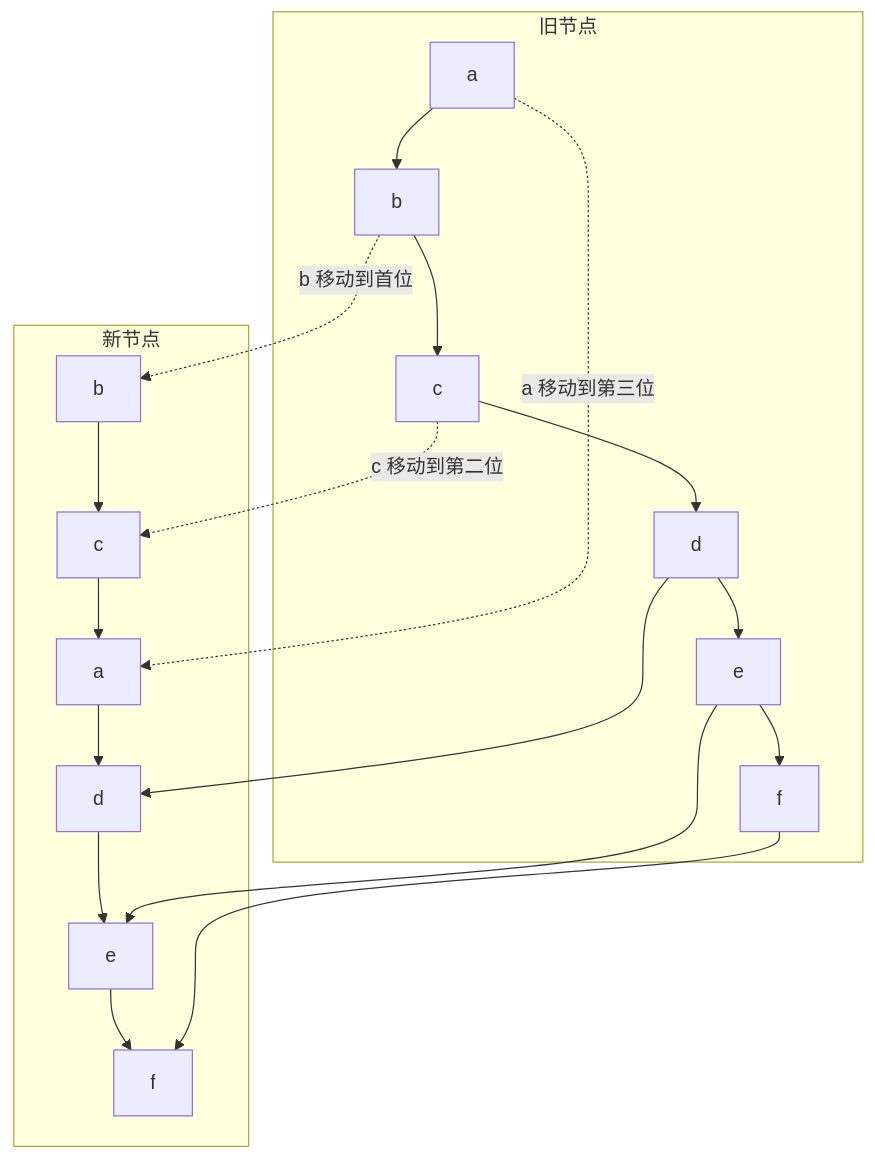
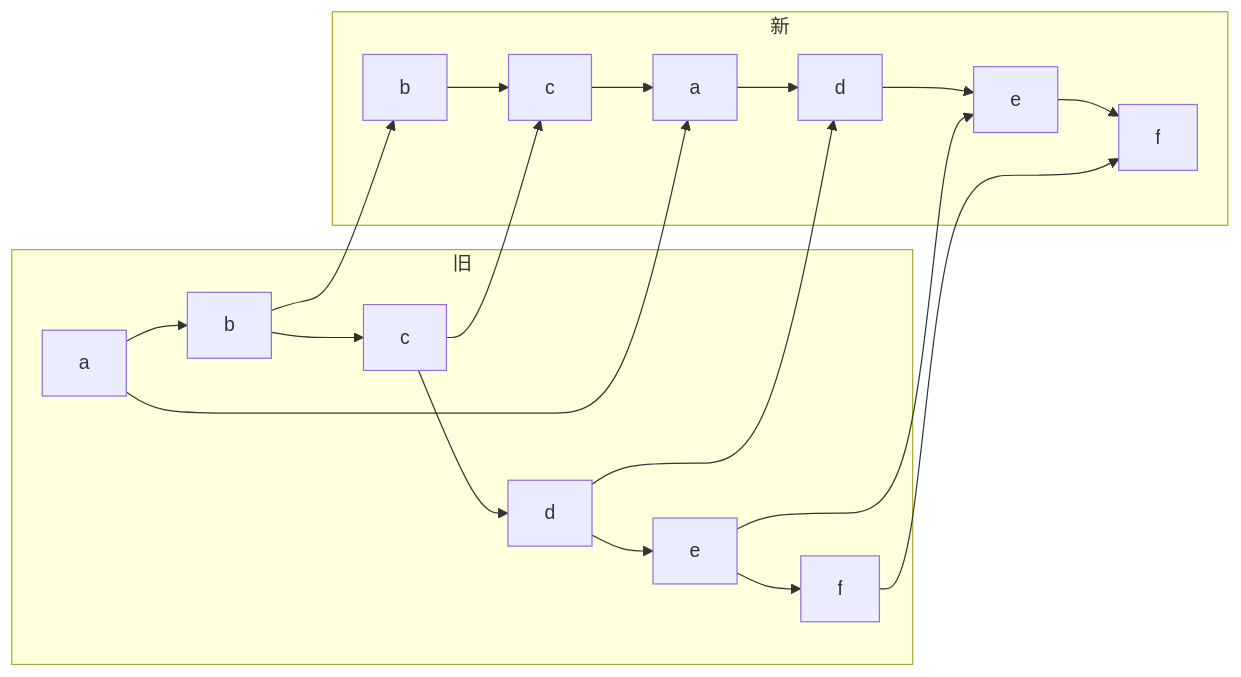
The second of 2 diagrams in react/diff.md (rideWind97/code-read), drawn with Mermaid before and after one commit. The commit also changed other lines of this file and 10 other files, not shown here.

````diff
--- a/react/diff.md
+++ b/react/diff.md
@@ -57,16 +111,16 @@
 ```mermaid
-graph TD
-    subgraph 旧节点
-        A1[a] --> B1[b] --> C1[c] --> D1[d] --> E1[e] --> F1[f]
+graph LR
+    subgraph 旧
+      A1[a] --> B1[b] --> C1[c] --> D1[d] --> E1[e] --> F1[f]
     end
-    subgraph 新节点
-        A2[b] --> B2[c] --> C2[a] --> D2[d] --> E2[e] --> F2[f]
+    subgraph 新
+      A2[b] --> B2[c] --> C2[a] --> D2[d] --> E2[e] --> F2[f]
     end
-    
-    A1 -.->|a 移动到第三位| C2
-    B1 -.->|b 移动到首位| A2
-    C1 -.->|c 移动到第二位| B2
+
+    B1 --> A2
+    C1 --> B2
+    A1 --> C2
     D1 --> D2
     E1 --> E2
     F1 --> F2
 ```
````
